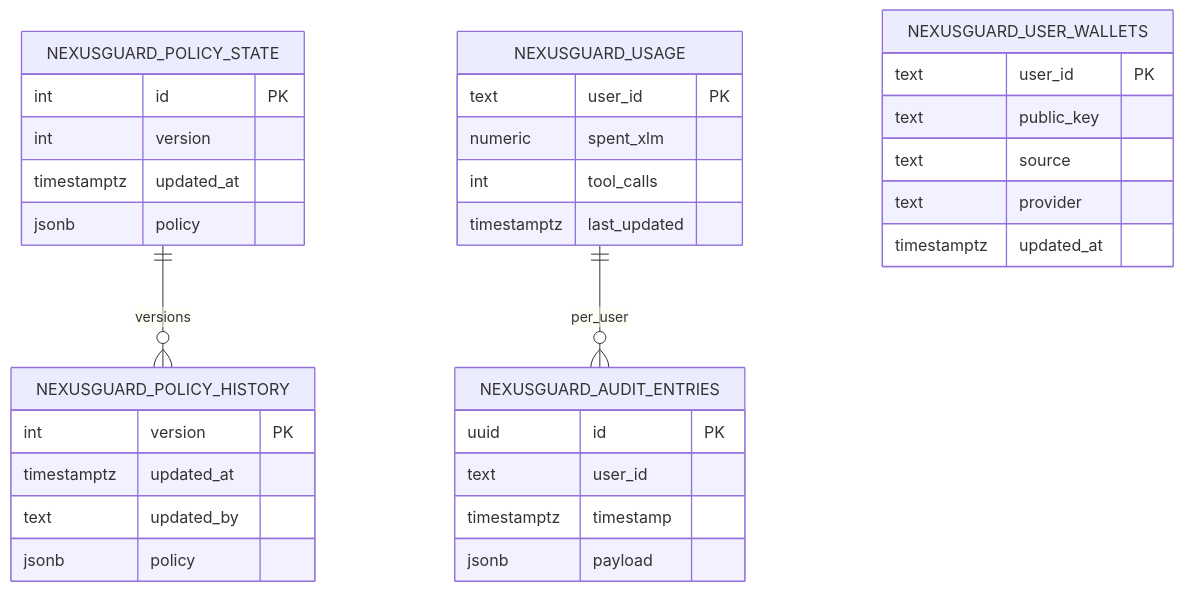
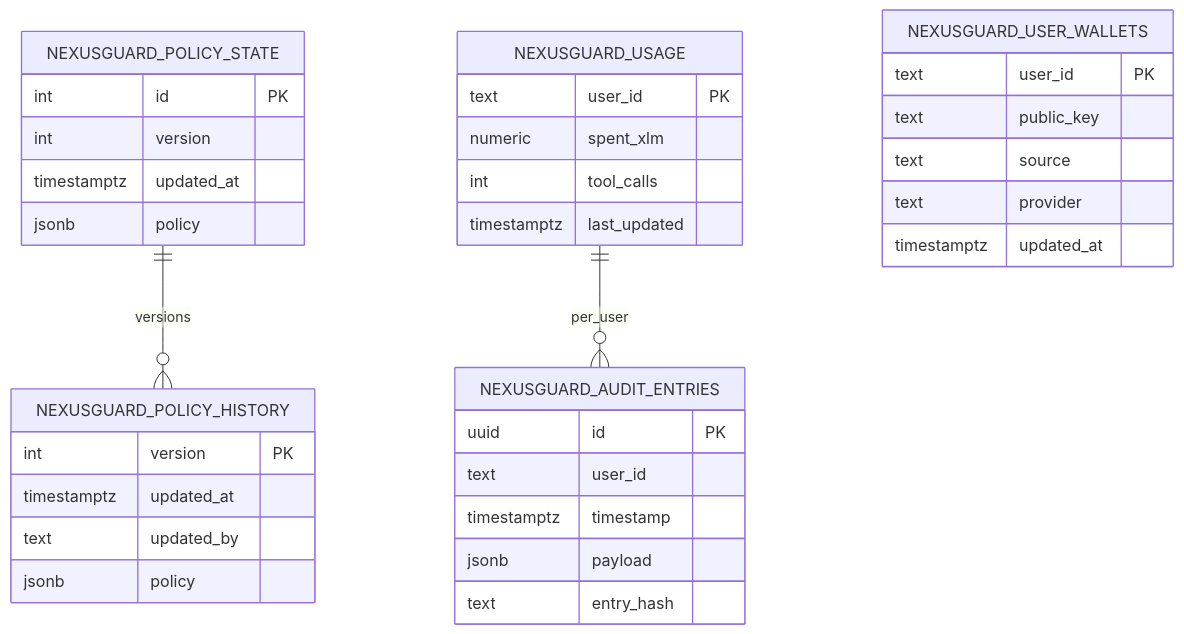
The fifth of 6 diagrams in ARCHITECTURE.md (Nexusopen-source/nexusguard), drawn with Mermaid before and after one commit. The commit also changed other lines of this file and 7 other files, not shown here.

````diff
--- a/ARCHITECTURE.md
+++ b/ARCHITECTURE.md
@@ -219,41 +219,42 @@
 ```mermaid
 erDiagram
   NEXUSGUARD_POLICY_STATE ||--o{ NEXUSGUARD_POLICY_HISTORY : versions
   NEXUSGUARD_USAGE ||--o{ NEXUSGUARD_AUDIT_ENTRIES : per_user
 
   NEXUSGUARD_POLICY_STATE {
     int id PK
     int version
     timestamptz updated_at
     jsonb policy
   }
 
   NEXUSGUARD_POLICY_HISTORY {
     int version PK
     timestamptz updated_at
     text updated_by
     jsonb policy
   }
 
   NEXUSGUARD_USAGE {
     text user_id PK
     numeric spent_xlm
     int tool_calls
     timestamptz last_updated
   }
 
   NEXUSGUARD_AUDIT_ENTRIES {
     uuid id PK
     text user_id
     timestamptz timestamp
     jsonb payload
+    text entry_hash
   }
 
   NEXUSGUARD_USER_WALLETS {
     text user_id PK
     text public_key
     text source
     text provider
     timestamptz updated_at
   }
 ```
````
